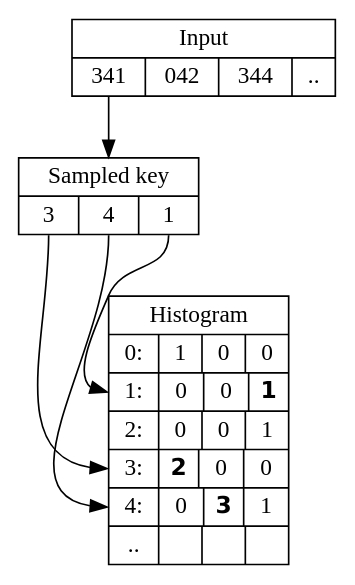
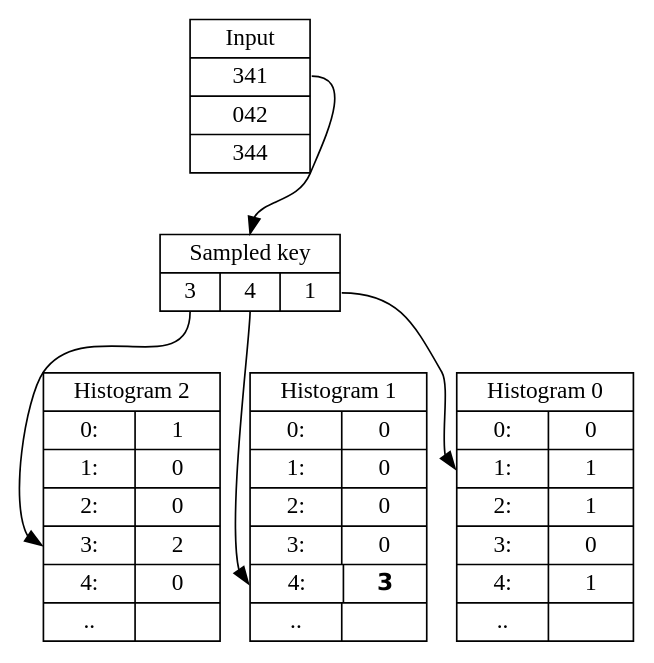
One commit to eloj/radix-sorting changed the diagram in data/colskip.dot. Above: the diagram before and after it, drawn with Graphviz. The commit also changed 1 other file, not shown here.

Commit message:
Improve colskip diagram.
I hope this is a bit better. Put input vertically,
and separate the histograms.

```diff
--- a/data/colskip.dot
+++ b/data/colskip.dot
@@ -1,24 +1,40 @@
 digraph structs {
 	rankdir=TB;
 	node [shape=record,width=1.0,height=.1];
 
 	// 341, 042, 344
 
-	keys [label="{Input|{<k0>341|042|344|..}}"];
+	keys [label="{Input|<k0>341|042|344}"];
 
 	key0 [label="{<label>Sampled key|{<k2>3|<k1>4|<k0>1}}"];
 
-	hist [label="{ Histogram |
-		{<h0>0:|1|0|0} |
-		{<h1>1:|0|0|𝟭} |
-		{<h2>2:|0|0|1} |
-		{<h3>3:|𝟮|0|0} |
-		{<h4>4:|0|𝟯|1} |
-		{..| | | }}"];
+	hist0 [label="{ Histogram 0 |
+		{0:|0} |
+		{<cnt>1:|1} |
+		{2:|1} |
+		{3:|0} |
+		{4:|1} |
+		{..| }}"];
+
+	hist1 [label="{ Histogram 1 |
+		{0:|0} |
+		{1:|0} |
+		{2:|0} |
+		{3:|0} |
+		{<cnt>4:|𝟯} |
+		{..| }}"];
+
+	hist2 [label="{ Histogram 2 |
+		{0:|1} |
+		{1:|0} |
+		{2:|0} |
+		{<cnt>3:|2} |
+		{4:|0} |
+		{..| }}"];
 
 	keys:k0 -> key0:label:n;
 
-	key0:k2 -> hist:h3:w;
-	key0:k1 -> hist:h4:w;
-	key0:k0 -> hist:h1:w;
+	key0:k2 -> hist2:cnt:w;
+	key0:k1 -> hist1:cnt:w;
+	key0:k0 -> hist0:cnt:w;
 }
```
